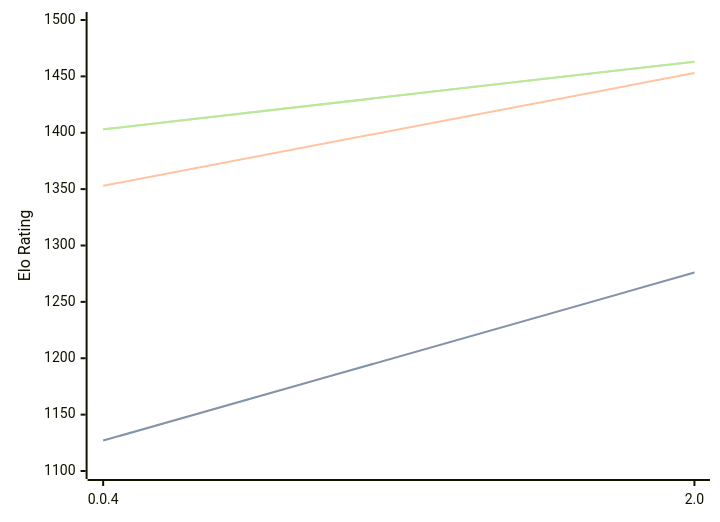
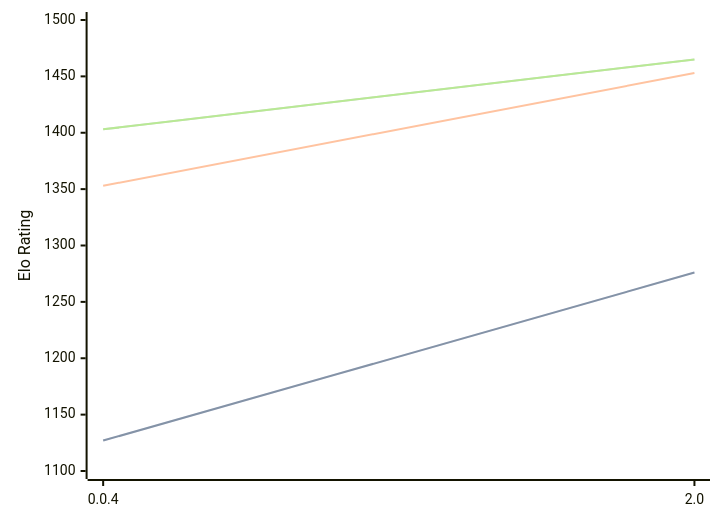
One commit to computer-chess-index/cci changed the diagram in engines/Oops!Mate.md. Above: the diagram before and after it, drawn with Mermaid. The commit also changed other lines of this file, not shown here.

Commit message:
Update CCI Ratings (ELO VLTC) - 2026-07-30

````diff
--- a/engines/Oops!Mate.md
+++ b/engines/Oops!Mate.md
@@ -52,11 +52,11 @@
 ```mermaid
 %%{init: {"theme":"base","themeVariables":{"seriesColors:['#a3a3a3','#222221','#faa371']}}}%%
 xychart-beta
   x-axis ["0.0.4", "2.0"]
   y-axis "Elo Rating" 1100 --> 1500
   line "STC (8.0+0.08s)" [1127, 1276]
   line "STC (8.0+0.08s)" [1127, 1276]
   line "LTC (60.0+0.60s)" [1353, 1453]
-  line "VLTC (2m24s+1.12s)" [1403, 1463]
-  line "VLTC (2m24s+1.12s)" [1403, 1463]
+  line "VLTC (2m24s+1.12s)" [1403, 1465]
+  line "VLTC (2m24s+1.12s)" [1403, 1465]
 ```
````
